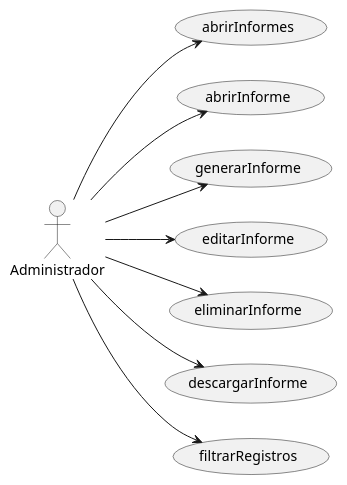
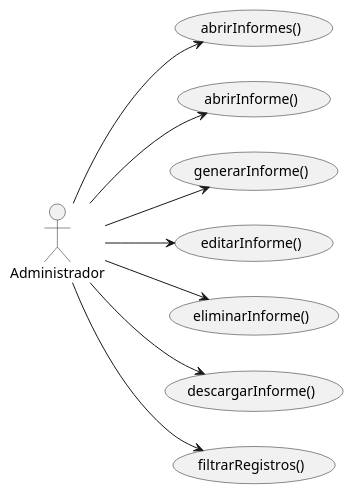
One commit to Angelo2272/26-27-IdSw1-SDR changed the diagram in modelosUML/01-actores-casos-uso/dimension-filtrado-informe/actores-casos-uso.puml. Above: the diagram before and after it, drawn with PlantUML. The commit also changed 2 other files, not shown here.

Commit message:
feat: update UML diagram for actor use cases in filtering and reportsCRUD

```diff
--- a/modelosUML/01-actores-casos-uso/dimension-filtrado-informe/actores-casos-uso.puml
+++ b/modelosUML/01-actores-casos-uso/dimension-filtrado-informe/actores-casos-uso.puml
@@ -1,15 +1,23 @@
-@startuml                                                                           
-                                                                                        
-    left to right direction                                                             
-                                                                                        
-    actor "Administrador" as admin                                          
-                                                                                      
-    admin --> (abrirInformes)                                                   
-    admin --> (abrirInforme)
-    admin --> (generarInforme)
-    admin --> (editarInforme)
-    admin --> (eliminarInforme)
-    admin --> (descargarInforme)
-    admin --> (filtrarRegistros)
-                                                                                        
+@startuml
+
+    left to right direction
+
+    actor "Administrador" as admin
+
+    usecase "abrirInformes()" as UC1
+    usecase "abrirInforme()" as UC2
+    usecase "generarInforme()" as UC3
+    usecase "editarInforme()" as UC4
+    usecase "eliminarInforme()" as UC5
+    usecase "descargarInforme()" as UC6
+    usecase "filtrarRegistros()" as UC7
+
+    admin --> UC1
+    admin --> UC2
+    admin --> UC3
+    admin --> UC4
+    admin --> UC5
+    admin --> UC6
+    admin --> UC7
+
 @enduml
```
